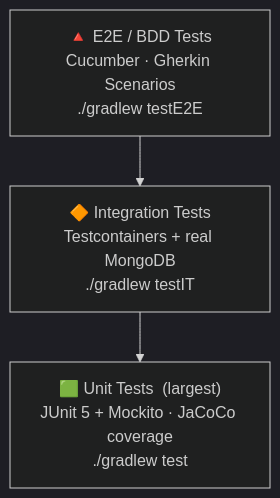
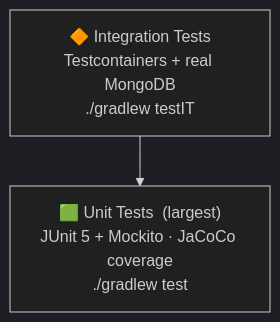
One commit to ProdEngOrg/DocuVault changed the fifth of 8 diagrams in README.md. Above: the diagram before and after it, drawn with Mermaid (dark theme). The commit also changed other lines of this file and 6 other files, not shown here.

Commit message:
docs: update README with comprehensive API documentation and architecture diagrams, and reorganize JMeter test plans.

````diff
--- a/README.md
+++ b/README.md
@@ -211,8 +374,7 @@
 ```mermaid
 graph TD
-    E2E["🔺 E2E / BDD Tests\nCucumber · Gherkin Scenarios\n./gradlew testE2E"]
     INT["🔶 Integration Tests\nTestcontainers + real MongoDB\n./gradlew testIT"]
     UNIT["🟩 Unit Tests  (largest)\nJUnit 5 + Mockito · JaCoCo coverage\n./gradlew test"]
 
-    E2E --> INT --> UNIT
+    INT --> UNIT
 ```
````
